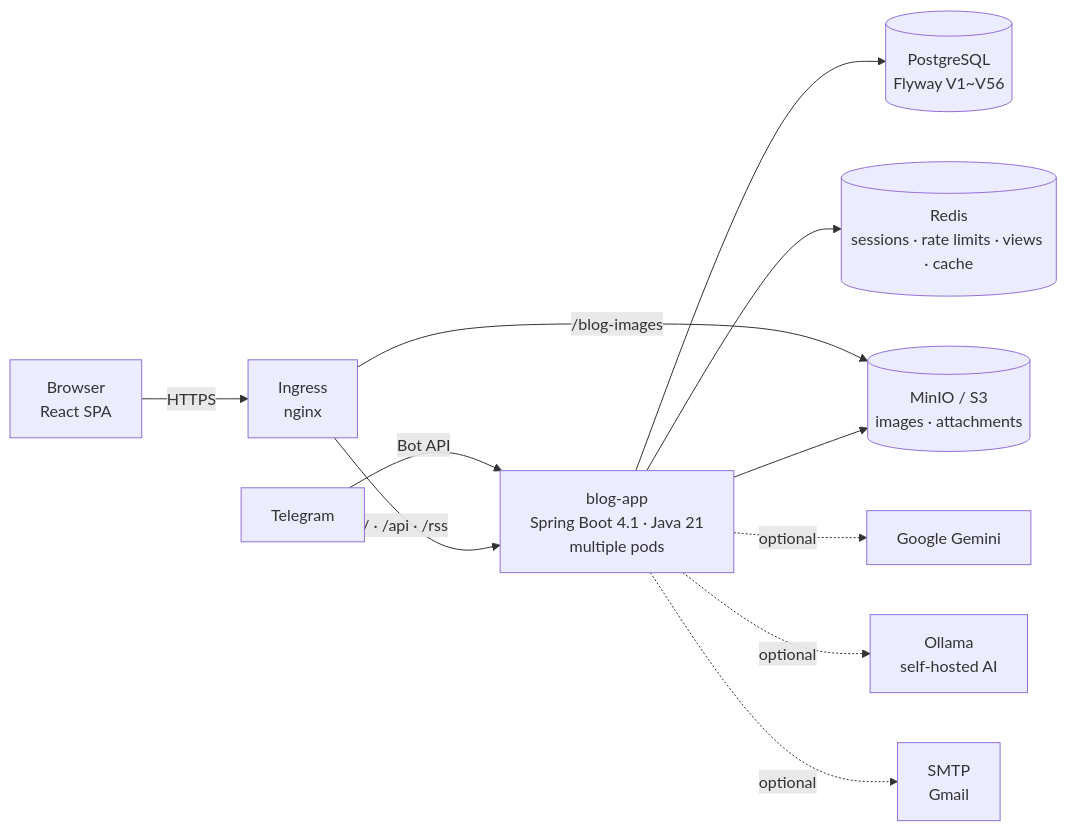
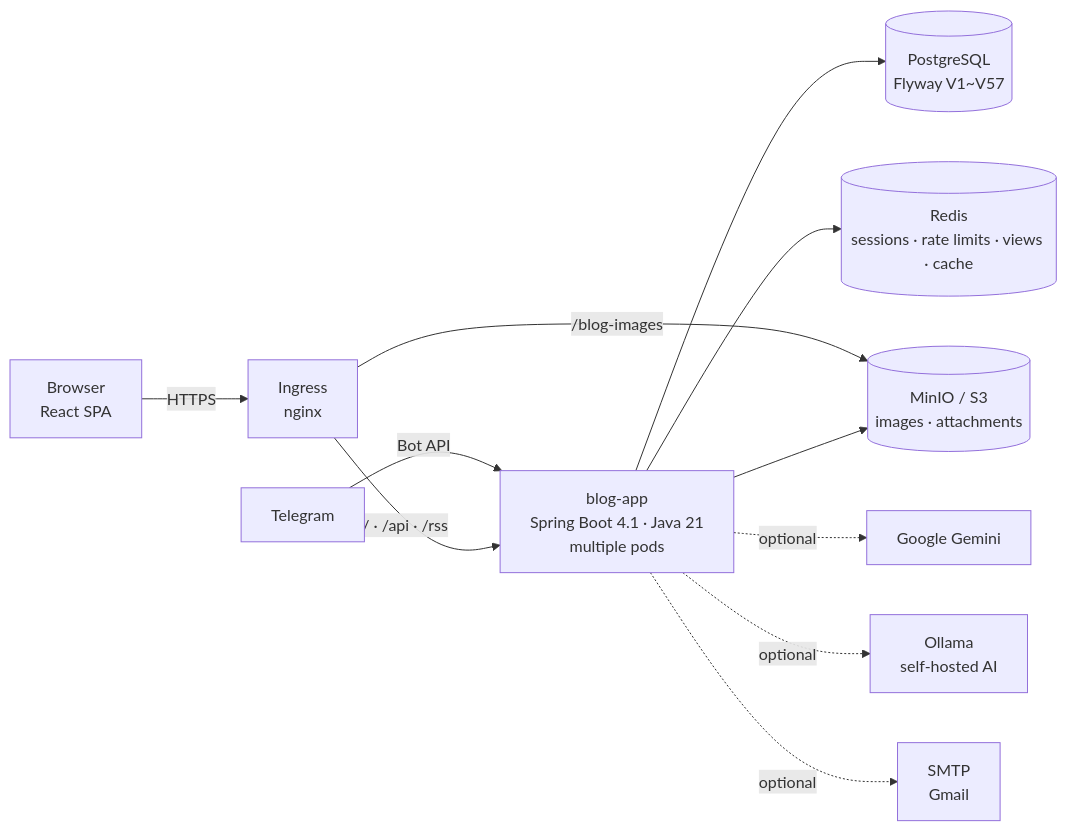
Before and after one commit to AIGJ-01-002-blog/devlog: the first of 3 diagrams in README.en.md, drawn with Mermaid. The commit also changed other lines of this file and 35 other files, not shown here.

````diff
--- a/README.en.md
+++ b/README.en.md
@@ -163,13 +163,13 @@
 ```mermaid
 flowchart LR
     B[Browser<br/>React SPA] -->|HTTPS| I[Ingress<br/>nginx]
     T[Telegram] -->|Bot API| A
     I -->|/ · /api · /rss| A[blog-app<br/>Spring Boot 4.1 · Java 21<br/>multiple pods]
     I -->|/blog-images| M[(MinIO / S3<br/>images · attachments)]
-    A --> P[(PostgreSQL<br/>Flyway V1~V56)]
+    A --> P[(PostgreSQL<br/>Flyway V1~V57)]
     A --> R[(Redis<br/>sessions · rate limits · views · cache)]
     A --> M
     A -.optional.-> G[Google Gemini]
     A -.optional.-> O[Ollama<br/>self-hosted AI]
     A -.optional.-> S[SMTP<br/>Gmail]
 ```
````
